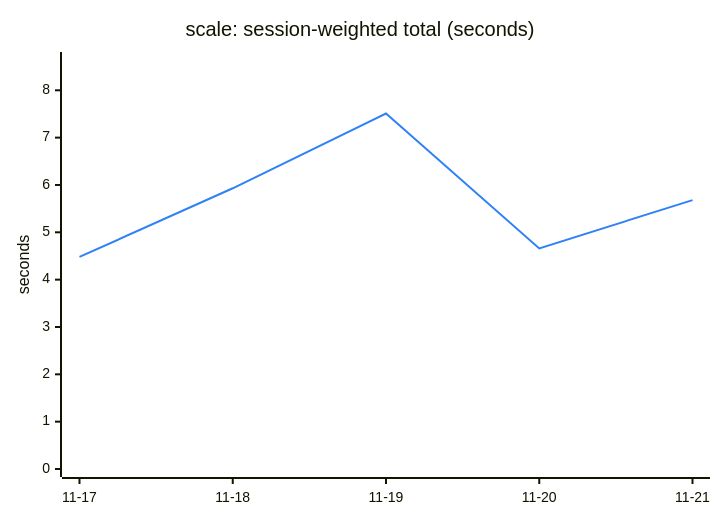
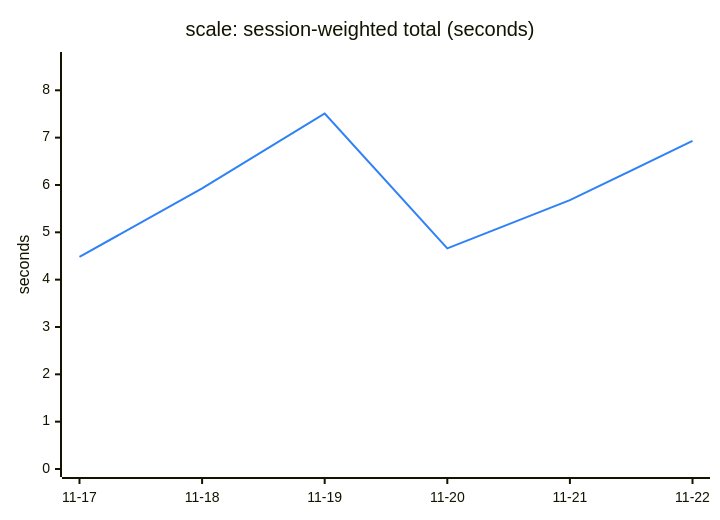
Before and after one commit to Ricovl/mxcli: the third of 6 diagrams in TREND.md, drawn with Mermaid. The commit also changed other lines of this file and 2 other files, not shown here.

````diff
--- a/TREND.md
+++ b/TREND.md
@@ -83,13 +83,13 @@
 ```mermaid
 ---
 config:
   themeVariables:
     xyChart:
       plotColorPalette: "#2f81f7"
 ---
 xychart-beta
     title "scale: session-weighted total (seconds)"
-    x-axis ["11-17", "11-18", "11-19", "11-20", "11-21"]
+    x-axis ["11-17", "11-18", "11-19", "11-20", "11-21", "11-22"]
     y-axis "seconds" 0 --> 8.64
-    line [4.48, 5.93, 7.51, 4.66, 5.68]
+    line [4.48, 5.93, 7.51, 4.66, 5.68, 6.93]
 ```
````
